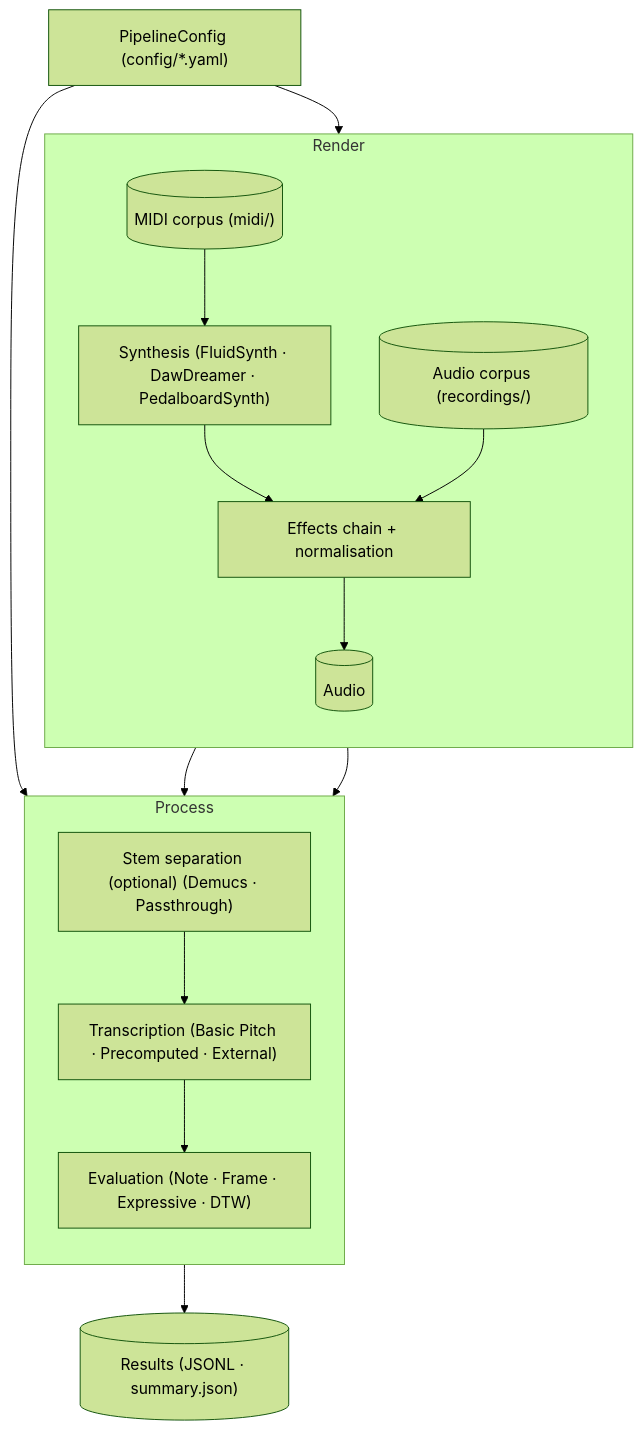
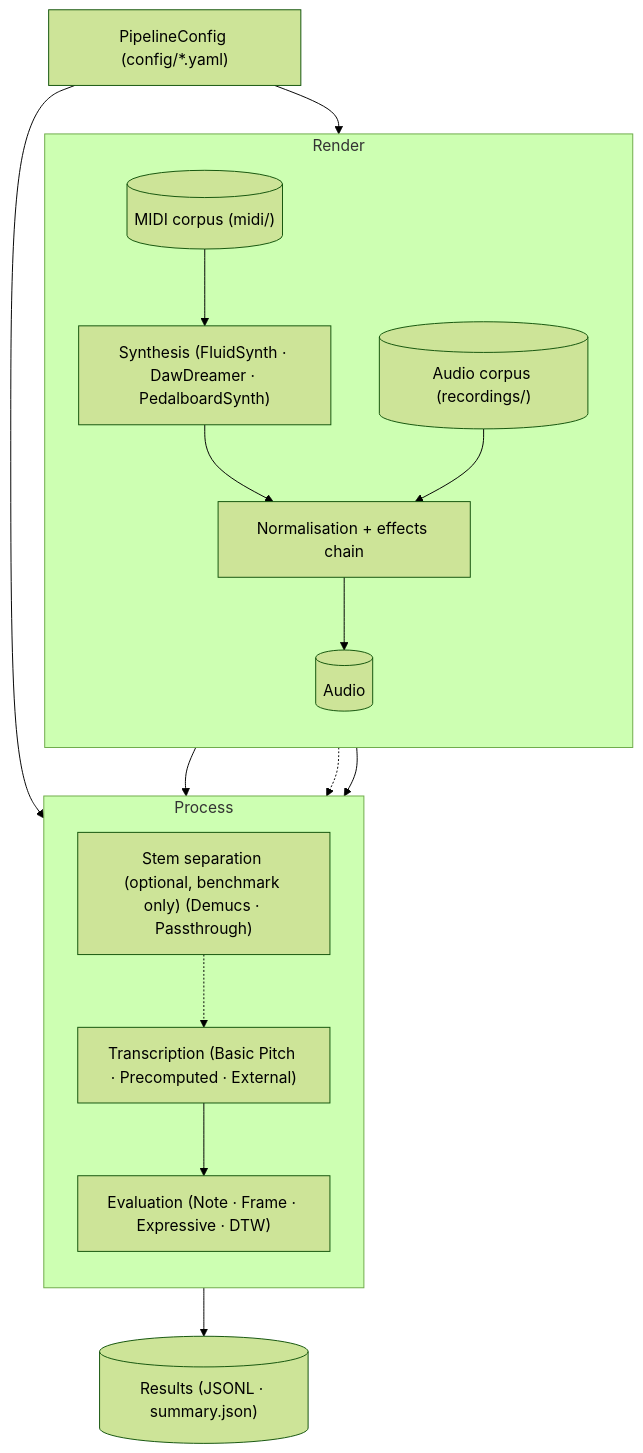
Before and after one commit to dadmaan/sonitra: the first of 10 diagrams in ARCHITECTURE.md, drawn with Mermaid (forest theme). The commit also changed other lines of this file, not shown here.

Commit message:
docs: Update ARCHITECTURE

````diff
--- a/ARCHITECTURE.md
+++ b/ARCHITECTURE.md
@@ -5,30 +5,32 @@
 ```mermaid
 flowchart TB
     cfg["PipelineConfig (config/*.yaml)"]
 
     subgraph render["Render"]
         direction TB
         midi[("MIDI corpus (midi/)")]
         recordings[("Audio corpus (recordings/)")]
         synth["Synthesis (FluidSynth · DawDreamer · PedalboardSynth)"]
-        fx["Effects chain + normalisation"]
+        fx["Normalisation + effects chain"]
         audio[("Audio")]
         midi --> synth --> fx --> audio
         recordings --> fx
     end
 
     subgraph process["Process"]
         direction TB
-        sep["Stem separation (optional) (Demucs · Passthrough)"]
+        sep["Stem separation (optional, benchmark only) (Demucs · Passthrough)"]
         tx["Transcription (Basic Pitch · Precomputed · External)"]
         eval["Evaluation (Note · Frame · Expressive · DTW)"]
-        audio --> sep --> tx --> eval
+        audio --> tx
+        audio -.-> sep -.-> tx
+        tx --> eval
     end
 
     results[("Results (JSONL · summary.json)")]
 
     cfg --> render
     cfg --> process
     midi --> eval
     eval --> results
 ```
````
